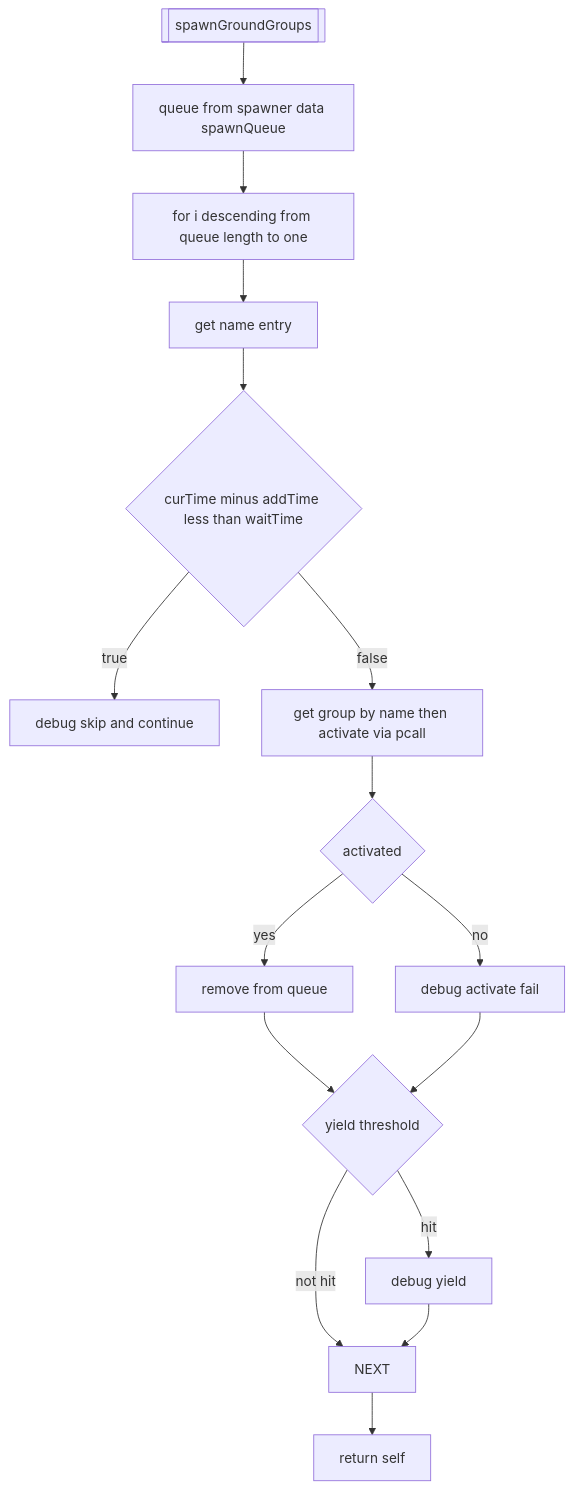
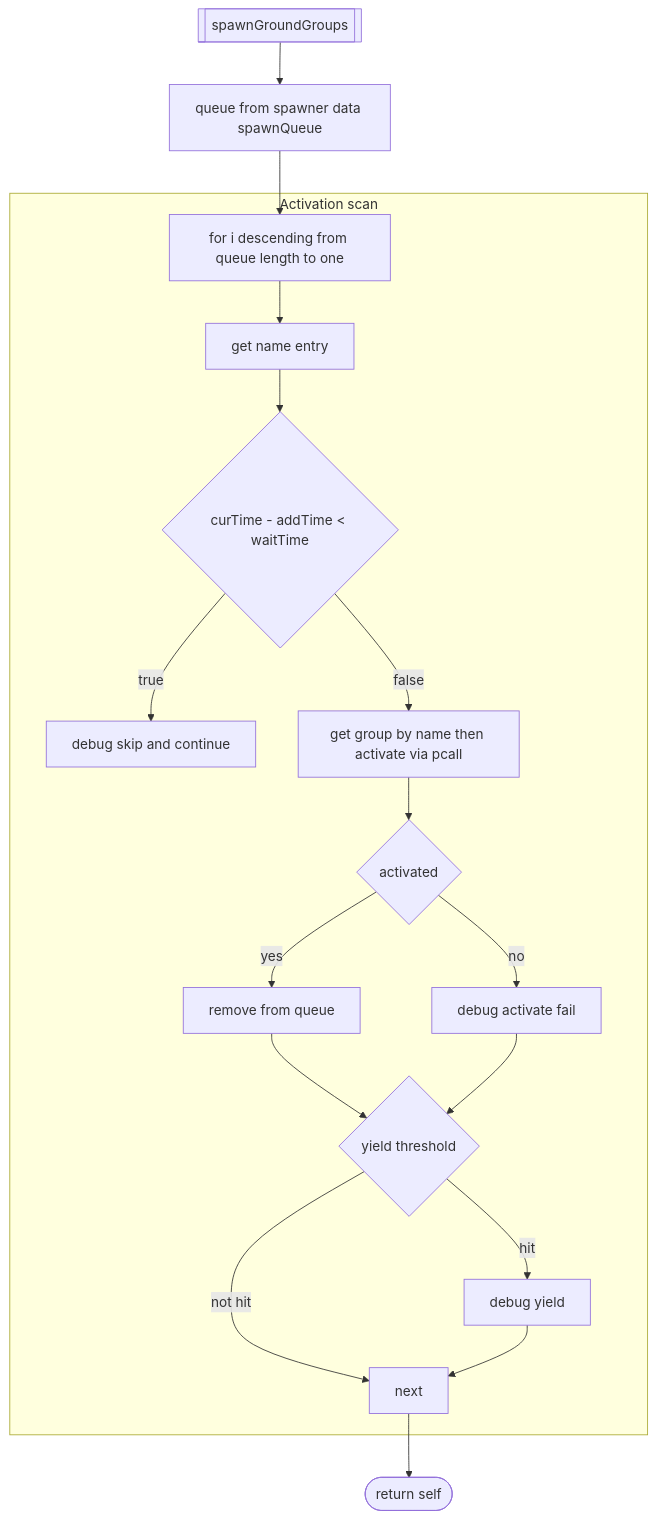
The second of 4 diagrams in docs/world/spawner_integration.md (Gh0st352/AETHR), drawn with Mermaid before and after one commit. The commit also changed other lines of this file and 7 other files, not shown here.

First line of the commit message:
docs(world, mermaid): normalize headings and standardize Mermaid diagrams

````diff
--- a/docs/world/spawner_integration.md
+++ b/docs/world/spawner_integration.md
@@ -50,18 +57,25 @@
 ```mermaid
+%% shared theme: docs/_mermaid/theme.json %%
 flowchart TD
   SGG[[spawnGroundGroups]] --> Q[queue from spawner data spawnQueue]
   Q --> LOOP[for i descending from queue length to one]
-  LOOP --> NAME[get name entry]
-  NAME --> WAIT{curTime minus addTime less than waitTime}
-  WAIT -->|true| SKIP[debug skip and continue]
-  WAIT -->|false| ACT[get group by name then activate via pcall]
-  ACT --> RES{activated}
-  RES -->|yes| REM[remove from queue]
-  RES -->|no| DBG[debug activate fail]
-  REM --> YLD{yield threshold}
-  DBG --> YLD
-  YLD -->|hit| CY[debug yield]
-  YLD -->|not hit| NEXT
-  CY --> NEXT
-  NEXT --> END[return self]
+  subgraph "Activation scan"
+    LOOP --> NAME[get name entry]
+    NAME --> WAIT{curTime - addTime < waitTime}
+    WAIT -- "true" --> SKIP[debug skip and continue]
+    WAIT -- "false" --> ACT[get group by name then activate via pcall]
+    ACT --> RES{activated}
+    RES -- "yes" --> REM[remove from queue]
+    RES -- "no" --> DBG[debug activate fail]
+    REM --> YLD{yield threshold}
+    DBG --> YLD
+    YLD -- "hit" --> CY[debug yield]
+    YLD -- "not hit" --> NEXT[next]
+    CY --> NEXT
+  end
+  NEXT --> END([return self])
+
+  class WAIT,RES,YLD class_decision;
+  class END class_result;
+  class SGG,Q,LOOP,NAME,ACT,REM,DBG,CY,NEXT,SKIP class_step;
 ```
````
